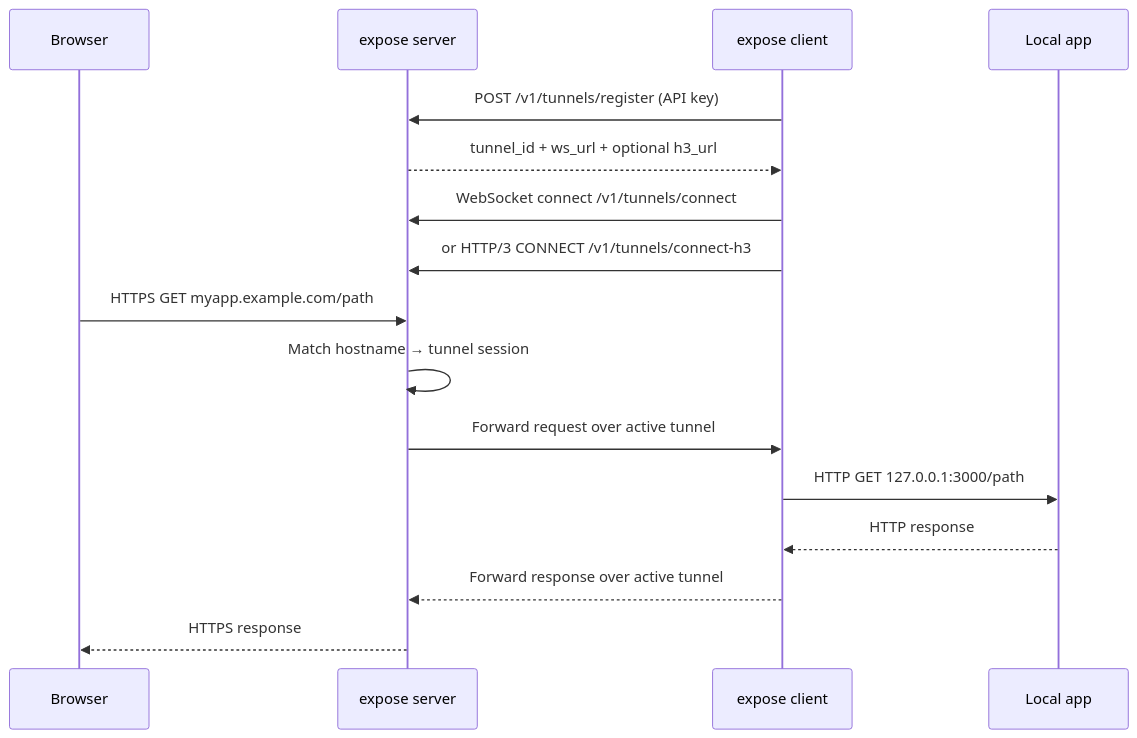
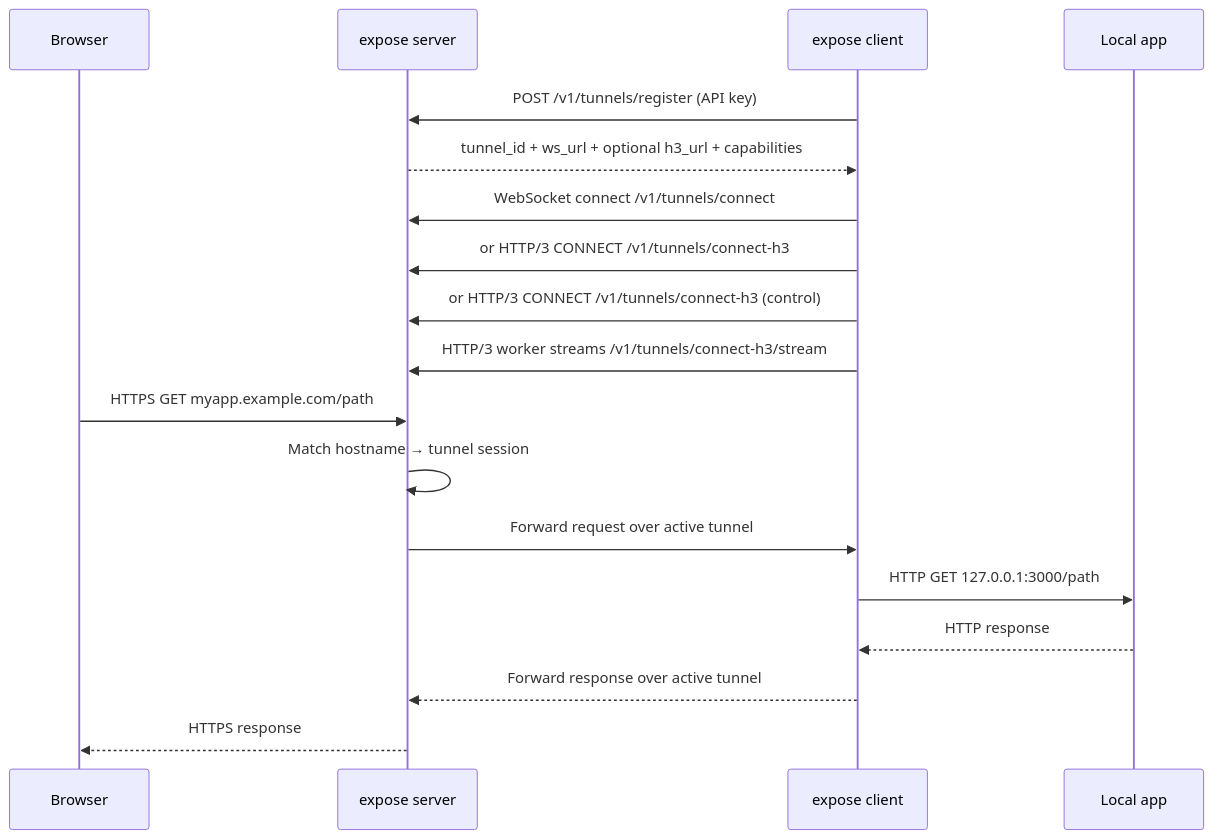
The second of 2 diagrams in docs/architecture-overview.md (koltyakov/expose), drawn with Mermaid before and after one commit. The commit also changed other lines of this file and 30 other files, not shown here.

````diff
--- a/docs/architecture-overview.md
+++ b/docs/architecture-overview.md
@@ -16,20 +16,22 @@
 ```mermaid
 sequenceDiagram
     participant B as Browser
     participant S as expose server
     participant C as expose client
     participant A as Local app
 
     C->>S: POST /v1/tunnels/register (API key)
-    S-->>C: tunnel_id + ws_url + optional h3_url
+    S-->>C: tunnel_id + ws_url + optional h3_url + capabilities
     C->>S: WebSocket connect /v1/tunnels/connect
     C->>S: or HTTP/3 CONNECT /v1/tunnels/connect-h3
+    C->>S: or HTTP/3 CONNECT /v1/tunnels/connect-h3 (control)
+    C->>S: HTTP/3 worker streams /v1/tunnels/connect-h3/stream
 
     B->>S: HTTPS GET myapp.example.com/path
     S->>S: Match hostname → tunnel session
     S->>C: Forward request over active tunnel
     C->>A: HTTP GET 127.0.0.1:3000/path
     A-->>C: HTTP response
     C-->>S: Forward response over active tunnel
     S-->>B: HTTPS response
 ```
````
